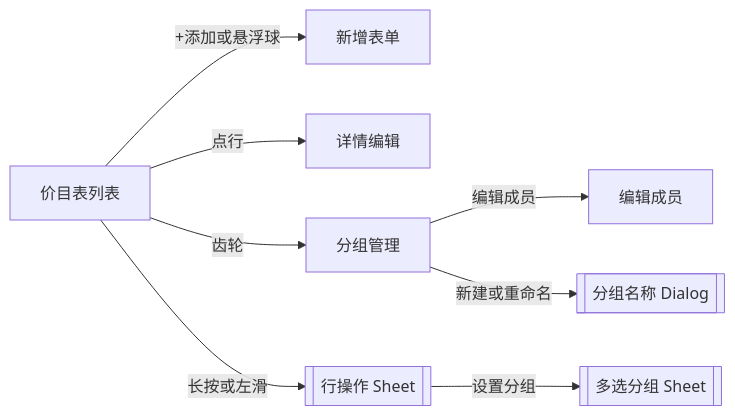
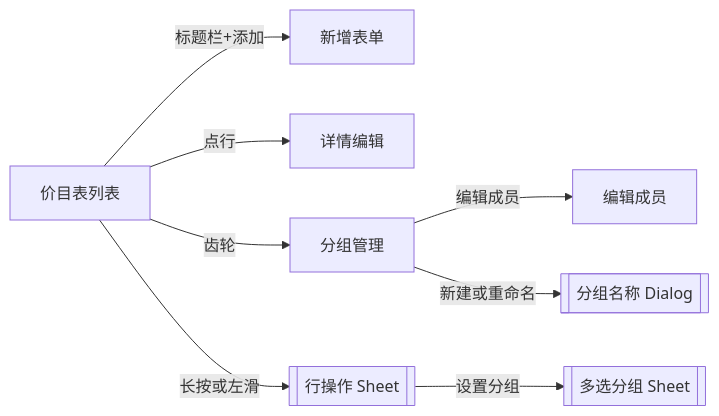
The first of 2 diagrams in PRD-项目创建与管理-精简版.md (XDean-Designer/card), drawn with Mermaid before and after one commit. The commit also changed other lines of this file and 6 other files, not shown here.

````diff
--- a/PRD-项目创建与管理-精简版.md
+++ b/PRD-项目创建与管理-精简版.md
@@ -158,10 +158,10 @@
 ```mermaid
 flowchart LR
-  L[价目表列表] -->|+添加或悬浮球| Add[新增表单]
+  L[价目表列表] -->|标题栏+添加| Add[新增表单]
   L -->|点行| Edit[详情编辑]
   L -->|齿轮| G[分组管理]
   G -->|编辑成员| M[编辑成员]
   G -->|新建或重命名| D[[分组名称 Dialog]]
   L -->|长按或左滑| A[[行操作 Sheet]]
   A -->|设置分组| IG[[多选分组 Sheet]]
 ```
````
